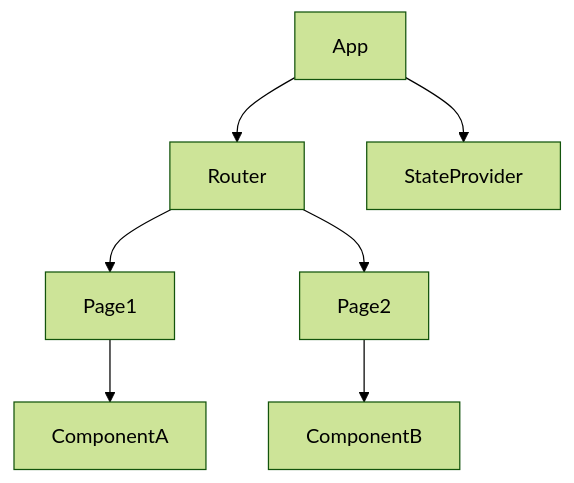
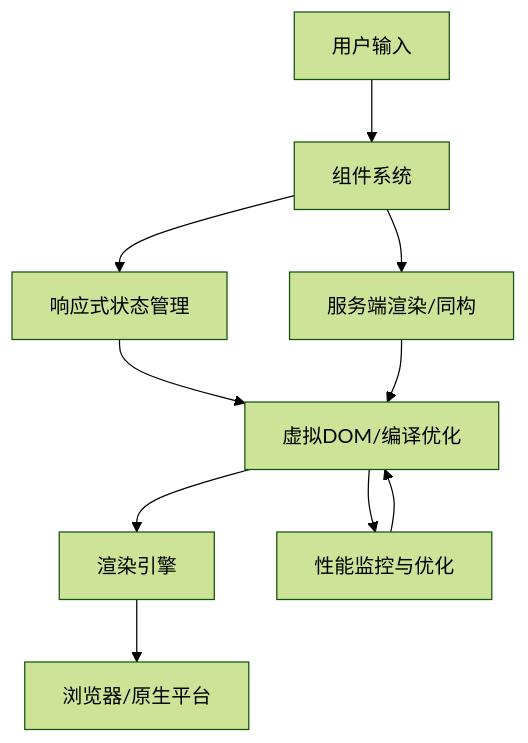
One commit to AdaMartin18010/uiueux changed the diagram in Refactor/2.技术栈与框架/2.1 前端主流框架.md. Above: the diagram before and after it, drawn with Mermaid (forest theme). The commit also changed other lines of this file and 23 other files, not shown here.

````diff
--- a/Refactor/2.技术栈与框架/2.1 前端主流框架.md
+++ b/Refactor/2.技术栈与框架/2.1 前端主流框架.md
@@ -221,9 +43,12 @@
 ```mermaid
-graph TD
-  A[App] --> B[Router]
-  A --> C[StateProvider]
-  B --> D[Page1]
-  B --> E[Page2]
-  D --> F[ComponentA]
-  E --> G[ComponentB]
+flowchart TD
+    A[用户输入] --> B[组件系统]
+    B --> C[响应式状态管理]
+    C --> D[虚拟DOM/编译优化]
+    D --> E[渲染引擎]
+    E --> F[浏览器/原生平台]
+    B --> G[服务端渲染/同构]
+    G --> D
+    D --> H[性能监控与优化]
+    H --> D
 ```
````
